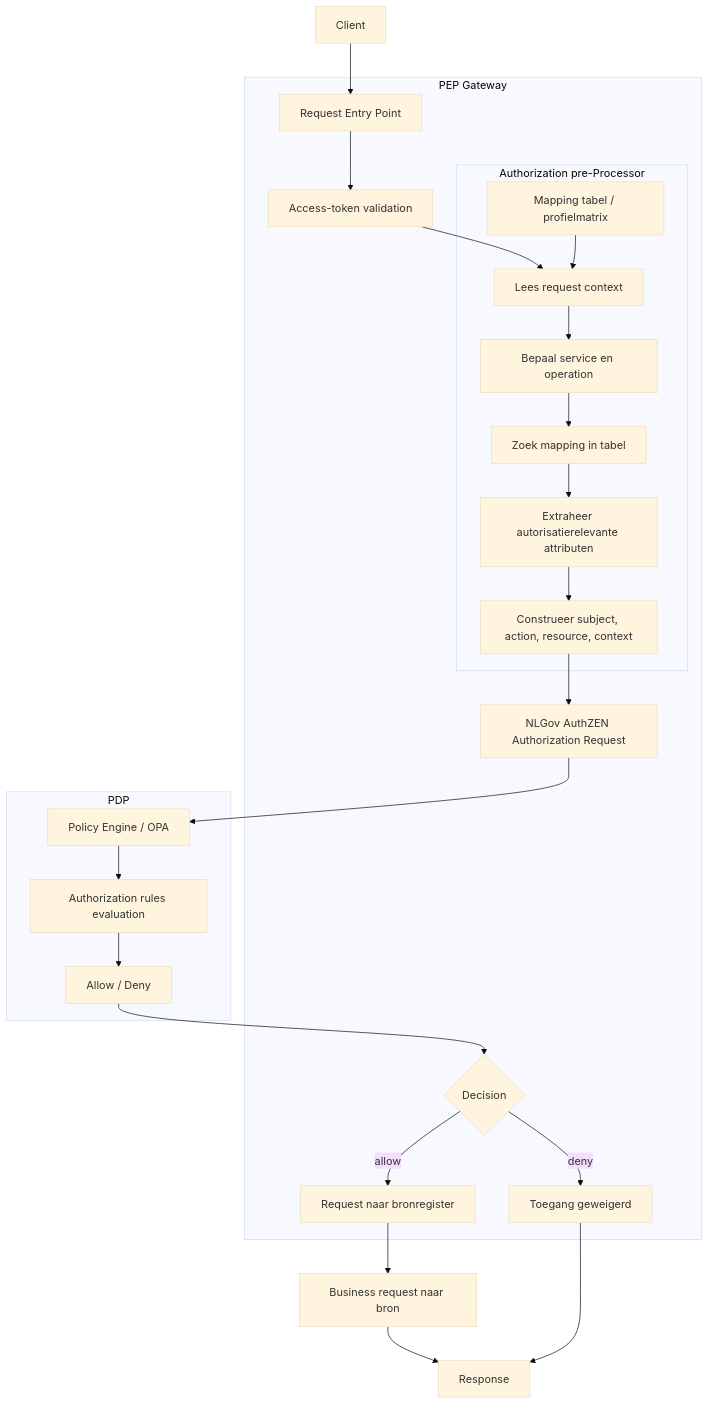
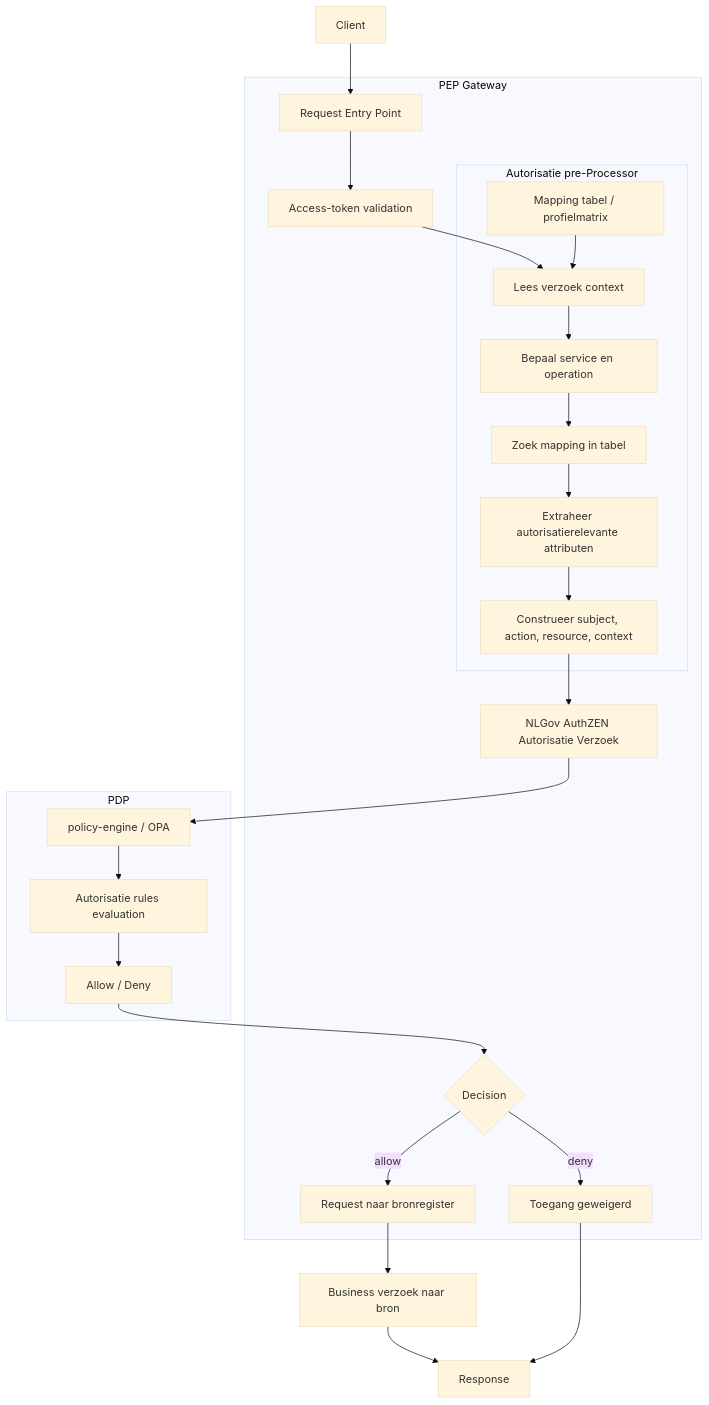
Before and after one commit to iStandaarden/iWlz-RequestForComment: the third of 4 diagrams in RFC/RFC0052 - Autorisatie standaardisatie.md, drawn with Mermaid (base theme). The commit also changed other lines of this file, not shown here.

````diff
--- a/RFC/RFC0052 - Autorisatie standaardisatie.md
+++ b/RFC/RFC0052 - Autorisatie standaardisatie.md
@@ -148,42 +148,42 @@
 ```mermaid
 
 flowchart TD
     A[Client]
     subgraph B[PEP Gateway]
         C[Request Entry Point]
         C --> C1[Access-token validation]
-        subgraph P[Authorization pre-Processor]
-            D[Lees request context]
+        subgraph P[Autorisatie pre-Processor]
+            D[Lees verzoek context]
             D --> D2[Bepaal service en operation]
             D2 --> D3[Zoek mapping in tabel]
             D3 --> D4[Extraheer autorisatierelevante attributen]
             D4 --> D5[Construeer subject, action, resource, context]
             T[Mapping tabel / profielmatrix]
         end
 
-        D5 --> G[NLGov AuthZEN Authorization Request]
+        D5 --> G[NLGov AuthZEN Autorisatie Verzoek]
         K
         E[Request naar bronregister]
         T[Mapping tabel / profielmatrix]
     K -->|deny| L[Toegang geweigerd]
     end
 
     A --> C
     C1 --> D
     T --> D
 
 
 
     subgraph O[PDP]
-    G --> H[Policy Engine / OPA]
-    H --> I[Authorization rules evaluation]
+    G --> H[policy-engine / OPA]
+    H --> I[Autorisatie rules evaluation]
     I --> J[Allow / Deny]
     end
 
     J --> K{Decision}
     K -->|allow| E
 
-    E --> M[Business request naar bron]
+    E --> M[Business verzoek naar bron]
     M --> N[Response]
     L --> N
 ```
````
